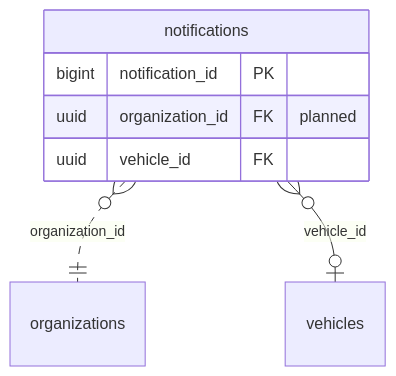
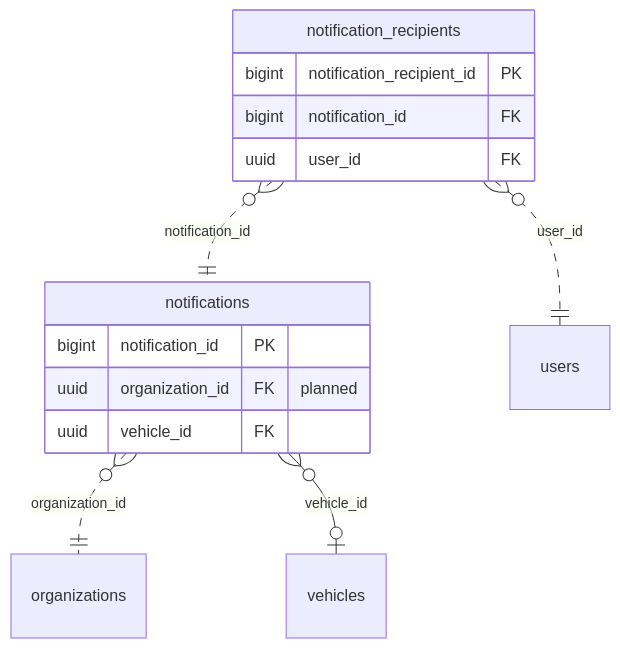
One commit to yolo-coccoc/G3Network-app changed the diagram in docs/design/domain-model/domains/notifications.md. Above: the diagram before and after it, drawn with Mermaid. The commit also changed other lines of this file and 15 other files, not shown here.

First line of the commit message:
docs(domain-model): add notification recipients, defer the SMS channel

````diff
--- a/docs/design/domain-model/domains/notifications.md
+++ b/docs/design/domain-model/domains/notifications.md
@@ -16,10 +16,17 @@
 ```mermaid
 erDiagram
   notifications {
     bigint notification_id PK
     uuid organization_id FK "planned"
     uuid vehicle_id FK
   }
+  notification_recipients {
+    bigint notification_recipient_id PK
+    bigint notification_id FK
+    uuid user_id FK
+  }
   notifications }o..|| organizations : "organization_id"
   notifications }o--o| vehicles : "vehicle_id"
+  notification_recipients }o..|| notifications : "notification_id"
+  notification_recipients }o..|| users : "user_id"
 ```
````
